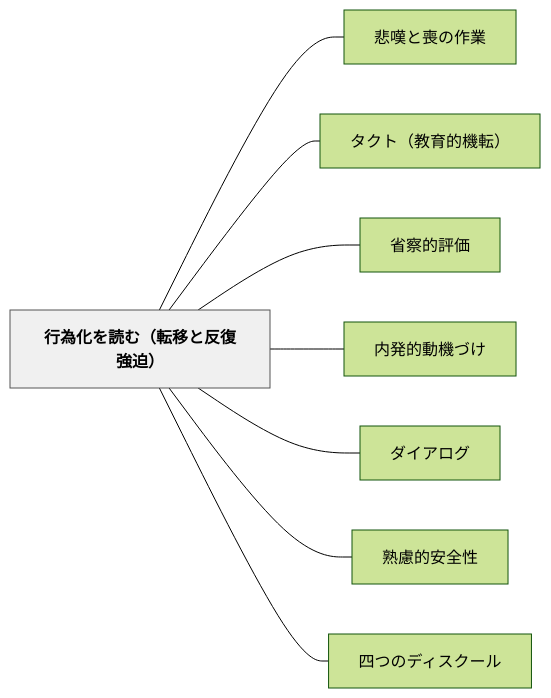
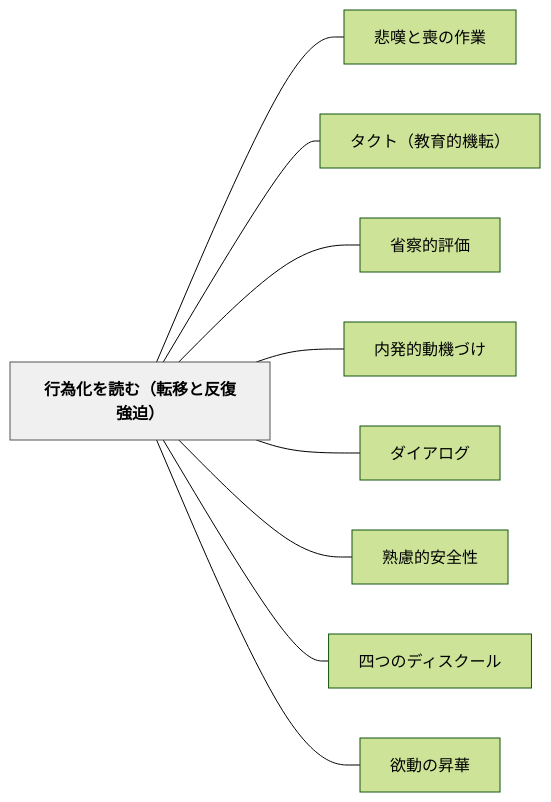
Before and after one commit to unknownthings-ed-patterns/unknownthings-ed-patterns: the diagram in content/パタン/行為化を読む（転移と反復強迫）.md, drawn with Mermaid (forest theme). The commit also changed other lines of this file and 1 other file, not shown here.

Commit message:
auto: Obsidianから同期 2026-06-11 04:57

````diff
--- a/content/パタン/行為化を読む（転移と反復強迫）.md
+++ b/content/パタン/行為化を読む（転移と反復強迫）.md
@@ -231,22 +232,24 @@
 ```mermaid
 flowchart LR
     ne8a18ce782bae58c96e38292e8aaade38280efbc88e8bba2e7a7bbe381a8e58f8de5bea9e5bcb7e8bfabefbc89["行為化を読む（転移と反復強迫）"]
     ne682b2e59886e381a8e596aae381aee4bd9ce6a5ad["悲嘆と喪の作業"]
     ne382bfe382afe38388efbc88e69599e882b2e79a84e6a99fe8bba2efbc89["タクト（教育的機転）"]
     ne79c81e5af9fe79a84e8a995e4bea1["省察的評価"]
     ne58685e799bae79a84e58b95e6a99fe381a5e38191["内発的動機づけ"]
     ne38380e382a4e382a2e383ade382b0["ダイアログ"]
     ne7869fe685aee79a84e5ae89e585a8e680a7["熟慮的安全性"]
     ne59b9be381a4e381aee38387e382a3e382b9e382afe383bce383ab["四つのディスクール"]
+    ne6acb2e58b95e381aee69887e88faf["欲動の昇華"]
 
     ne8a18ce782bae58c96e38292e8aaade38280efbc88e8bba2e7a7bbe381a8e58f8de5bea9e5bcb7e8bfabefbc89 --- ne682b2e59886e381a8e596aae381aee4bd9ce6a5ad
     ne8a18ce782bae58c96e38292e8aaade38280efbc88e8bba2e7a7bbe381a8e58f8de5bea9e5bcb7e8bfabefbc89 --- ne382bfe382afe38388efbc88e69599e882b2e79a84e6a99fe8bba2efbc89
     ne8a18ce782bae58c96e38292e8aaade38280efbc88e8bba2e7a7bbe381a8e58f8de5bea9e5bcb7e8bfabefbc89 --- ne79c81e5af9fe79a84e8a995e4bea1
     ne8a18ce782bae58c96e38292e8aaade38280efbc88e8bba2e7a7bbe381a8e58f8de5bea9e5bcb7e8bfabefbc89 --- ne58685e799bae79a84e58b95e6a99fe381a5e38191
     ne8a18ce782bae58c96e38292e8aaade38280efbc88e8bba2e7a7bbe381a8e58f8de5bea9e5bcb7e8bfabefbc89 --- ne38380e382a4e382a2e383ade382b0
     ne8a18ce782bae58c96e38292e8aaade38280efbc88e8bba2e7a7bbe381a8e58f8de5bea9e5bcb7e8bfabefbc89 --- ne7869fe685aee79a84e5ae89e585a8e680a7
     ne8a18ce782bae58c96e38292e8aaade38280efbc88e8bba2e7a7bbe381a8e58f8de5bea9e5bcb7e8bfabefbc89 --- ne59b9be381a4e381aee38387e382a3e382b9e382afe383bce383ab
+    ne8a18ce782bae58c96e38292e8aaade38280efbc88e8bba2e7a7bbe381a8e58f8de5bea9e5bcb7e8bfabefbc89 --- ne6acb2e58b95e381aee69887e88faf
 
     classDef hub fill:#f0f0f0,stroke:#555,color:#000,font-weight:bold
     class ne8a18ce782bae58c96e38292e8aaade38280efbc88e8bba2e7a7bbe381a8e58f8de5bea9e5bcb7e8bfabefbc89 hub
 ```
````
